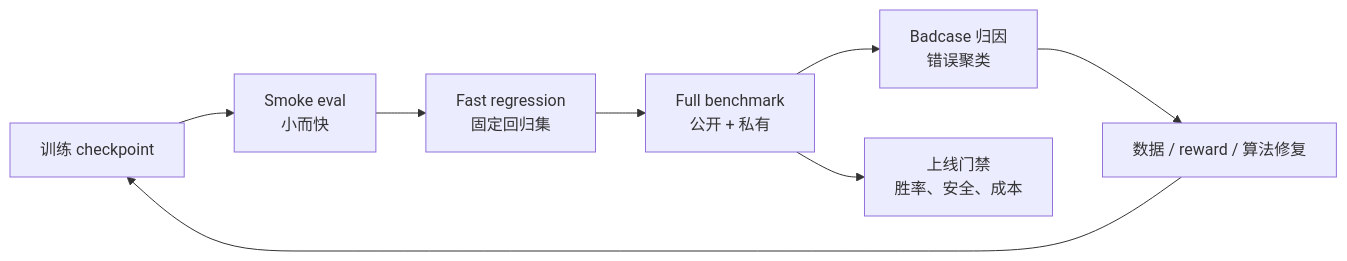
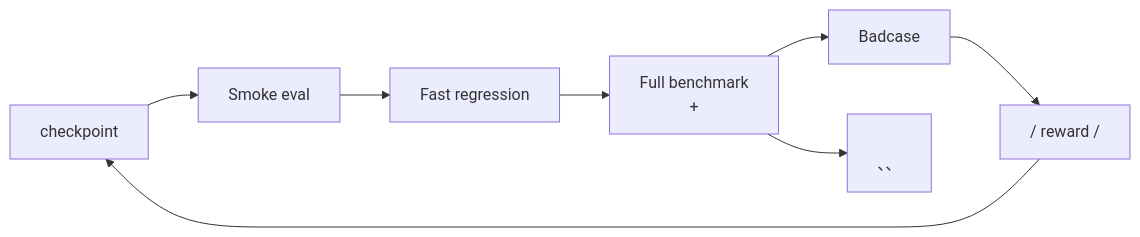
Before and after one commit to letslego/hands-on-modern-rl: the diagram in docs/appendix_industrial_training/evaluation-badcase.md, drawn with Mermaid. The commit also changed other lines of this file and 267 other files, not shown here.

````diff
--- a/docs/appendix_industrial_training/evaluation-badcase.md
+++ b/docs/appendix_industrial_training/evaluation-badcase.md
@@ -20,10 +20,10 @@
 ```mermaid
 flowchart LR
-    C["训练 checkpoint"] --> S["Smoke eval<br/>小而快"]
-    S --> F["Fast regression<br/>固定回归集"]
-    F --> B["Full benchmark<br/>公开 + 私有"]
-    B --> A["Badcase 归因<br/>错误聚类"]
-    A --> D["数据 / reward / 算法修复"]
+    C[" checkpoint"] --> S["Smoke eval<br/>"]
+    S --> F["Fast regression<br/>"]
+    F --> B["Full benchmark<br/> + "]
+    B --> A["Badcase <br/>"]
+    A --> D[" / reward / "]
     D --> C
-    B --> G["上线门禁<br/>胜率、安全、成本"]
+    B --> G["<br/>、、"]
 ```
````
